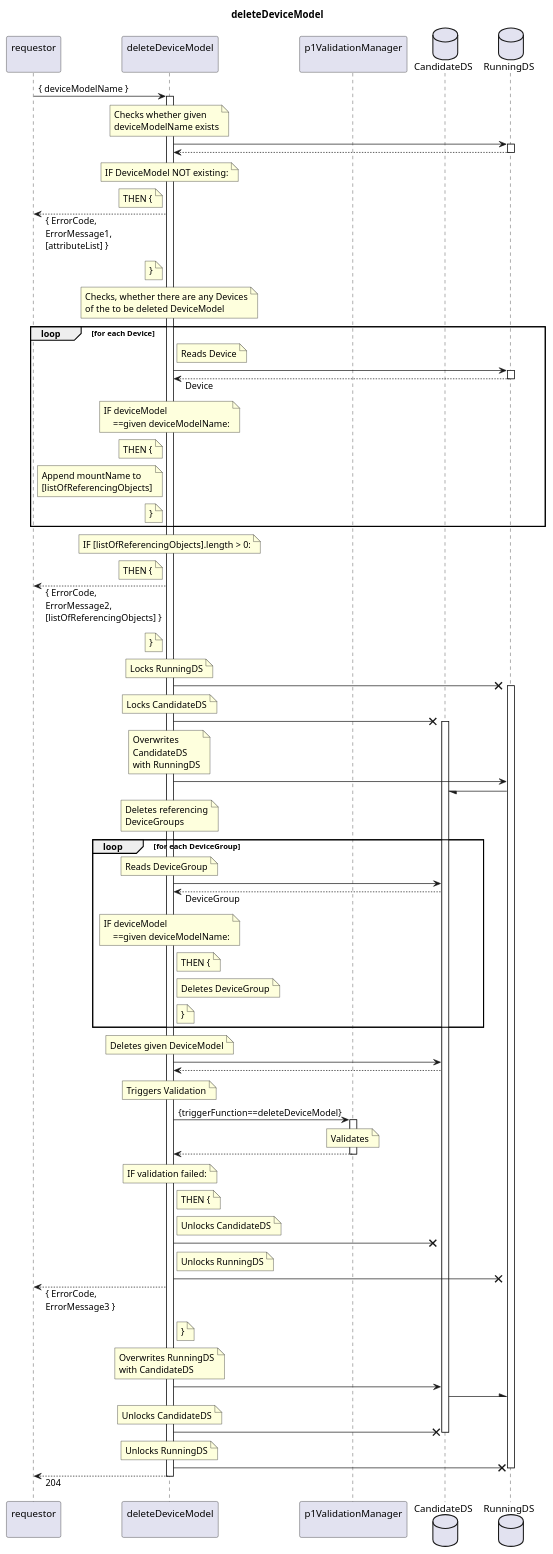
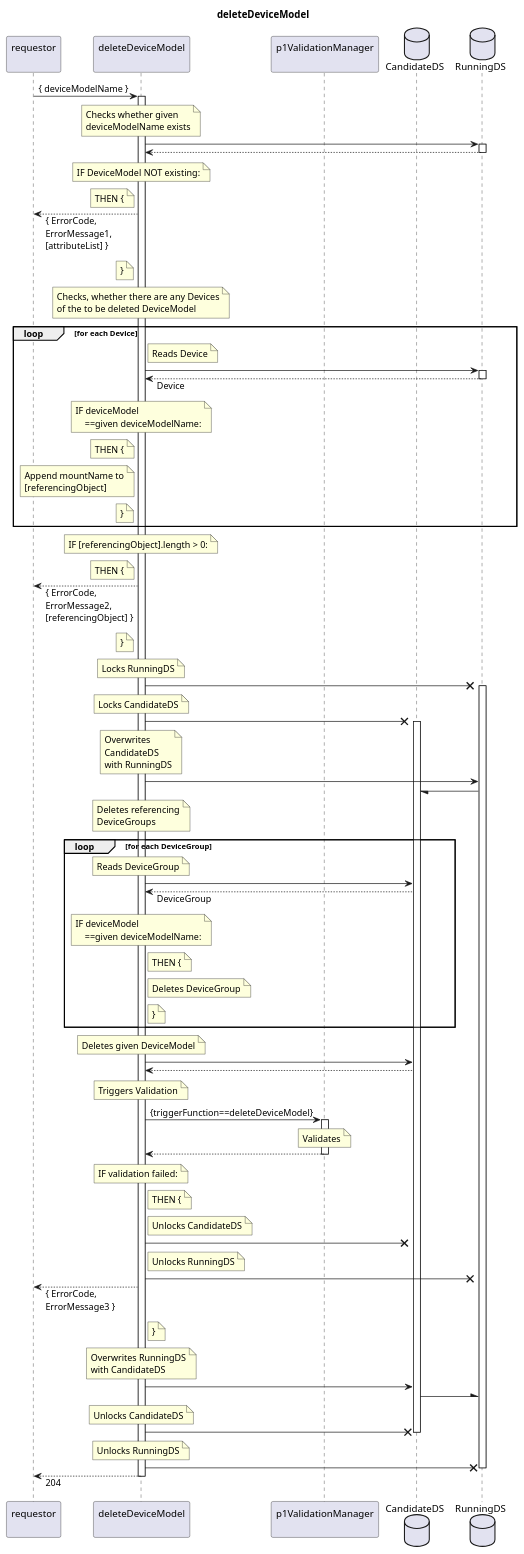
The diagram in spec/Services/deleteDeviceModel/1.0.0/deleteDeviceModel.plantuml (openBackhaul/FirmWareManager), drawn with PlantUML before and after one commit. The commit also changed 36 other files, not shown here.

Commit message:
Finalize sequence diagrams of interpretation functions

```diff
--- a/spec/Services/deleteDeviceModel/1.0.0/deleteDeviceModel.plantuml
+++ b/spec/Services/deleteDeviceModel/1.0.0/deleteDeviceModel.plantuml
@@ -1,172 +1,172 @@
 @startuml deleteDeviceModel
 skinparam responseMessageBelowArrow true
 
 title
   deleteDeviceModel
 end title
 
 participant "requestor\n" as requestor
 participant "deleteDeviceModel\n" as indServ
 participant "p1ValidationManager\n" as valiMan
 database "CandidateDS" as CanDS
 database "RunningDS" as RunDS
 
 requestor -> indServ: { deviceModelName }
 activate indServ
 
   note over indServ
     Checks whether given
     deviceModelName exists
   end note
   indServ -> RunDS
   activate RunDS
   indServ <-- RunDS
   deactivate RunDS
   note over indServ
     IF DeviceModel NOT existing:
   end note
   note left indServ
     THEN {
   end note
   requestor <-- indServ: { ErrorCode,\nErrorMessage1,\n[attributeList] }
   note left indServ
     }
   end note
 
   note over indServ
     Checks, whether there are any Devices
     of the to be deleted DeviceModel
   end note
   loop for each Device
     note right indServ
       Reads Device
     end note
     indServ -> RunDS
     activate RunDS
     indServ <-- RunDS: Device
     deactivate RunDS
     note over indServ
       IF deviceModel
           ==given deviceModelName:
     end note
     note left indServ
       THEN {
     end note
     note left indServ
       Append mountName to
-      [listOfReferencingObjects]
+      [referencingObject]
     end note
     note left indServ
       }
     end note
   end loop
   note over indServ
-    IF [listOfReferencingObjects].length > 0:
+    IF [referencingObject].length > 0:
   end note
   note left indServ
     THEN {
   end note
-  requestor <-- indServ: { ErrorCode,\nErrorMessage2,\n[listOfReferencingObjects] }
+  requestor <-- indServ: { ErrorCode,\nErrorMessage2,\n[referencingObject] }
   note left indServ
     }
   end note
 
   note over indServ
     Locks RunningDS
   end note
   indServ -X RunDS
   activate RunDS
   note over indServ
     Locks CandidateDS
   end note
   indServ -X CanDS
   activate CanDS
   note over indServ
     Overwrites
     CandidateDS
     with RunningDS
   end note
   indServ -> RunDS
   RunDS -/ CanDS
 
   note over indServ
     Deletes referencing
     DeviceGroups
   end note
   loop for each DeviceGroup
     note over indServ
       Reads DeviceGroup
     end note
     indServ -> CanDS
     indServ <-- CanDS: DeviceGroup
     note over indServ
       IF deviceModel
           ==given deviceModelName:
     end note
     note right indServ
       THEN {
     end note
     note right indServ
       Deletes DeviceGroup
     end note
     note right indServ
       }
     end note
   end loop
 
   note over indServ
     Deletes given DeviceModel
   end note
   indServ -> CanDS
   indServ <-- CanDS
 
   note over indServ
     Triggers Validation
   end note
   indServ -> valiMan: {triggerFunction==deleteDeviceModel}
   activate valiMan
     note over valiMan
       Validates
     end note
   indServ <-- valiMan
   deactivate valiMan
   note over indServ
     IF validation failed:
   end note
   note right indServ
     THEN {
   end note
   note right indServ
     Unlocks CandidateDS
   end note
   indServ -X CanDS
   note right indServ
     Unlocks RunningDS
   end note
   indServ -X RunDS
   requestor <-- indServ: { ErrorCode,\nErrorMessage3 }
   note right indServ
     }
   end note
 
   note over indServ
     Overwrites RunningDS
     with CandidateDS
   end note
   indServ -> CanDS
   CanDS -\ RunDS
   note over indServ
     Unlocks CandidateDS
   end note
   indServ -X CanDS
   deactivate CanDS
   note over indServ
     Unlocks RunningDS
   end note
   indServ -X RunDS
   deactivate RunDS
 
 requestor <-- indServ: 204
 deactivate indServ
 
 @enduml
```
